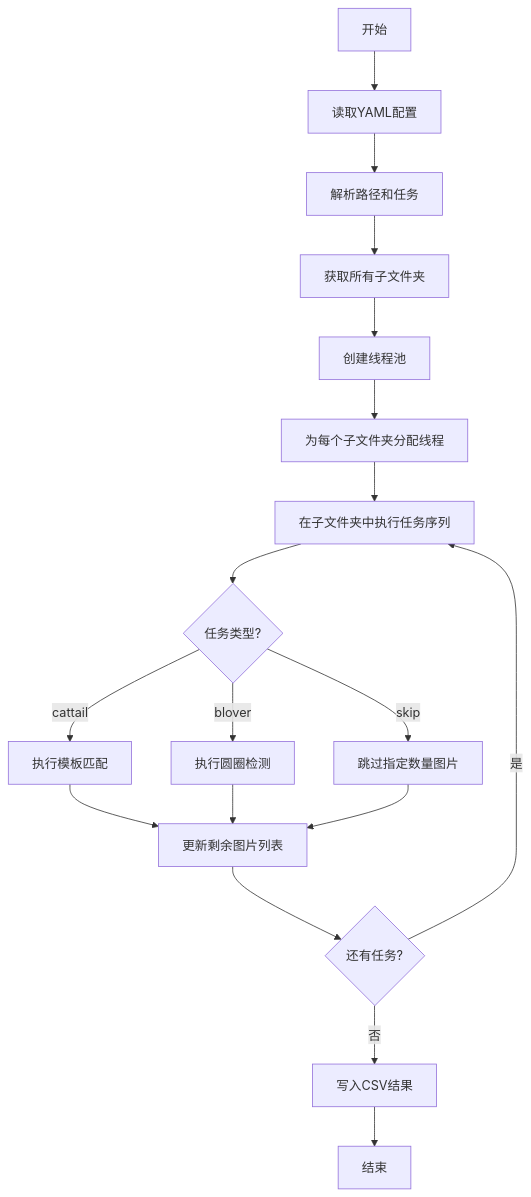
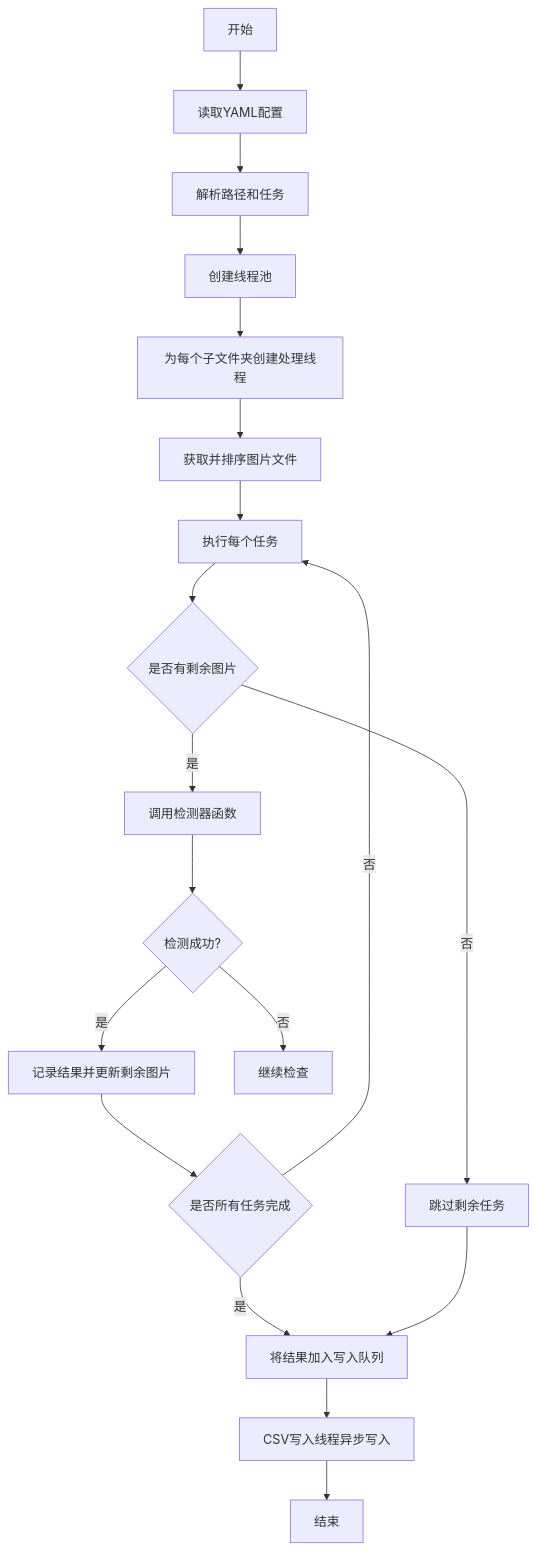
One commit to 0000cd/perf-garden changed the diagram in .qoder/repowiki/zh/content/项目概述.md. Above: the diagram before and after it, drawn with Mermaid. The commit also changed other lines of this file and 45 other files, not shown here.

````diff
--- a/.qoder/repowiki/zh/content/项目概述.md
+++ b/.qoder/repowiki/zh/content/项目概述.md
@@ -55,20 +77,21 @@
 ```mermaid
-graph TD
+flowchart TD
 A[开始] --> B[读取YAML配置]
 B --> C[解析路径和任务]
-C --> D[获取所有子文件夹]
-D --> E[创建线程池]
-E --> F[为每个子文件夹分配线程]
-F --> G[在子文件夹中执行任务序列]
-G --> H{任务类型?}
-H --> |cattail| I[执行模板匹配]
-H --> |blover| J[执行圆圈检测]
-H --> |skip| K[跳过指定数量图片]
-I --> L[更新剩余图片列表]
-J --> L
-K --> L
-L --> M{还有任务?}
-M --> |是| G
-M --> |否| N[写入CSV结果]
-N --> O[结束]
+C --> D[创建线程池]
+D --> E[为每个子文件夹创建处理线程]
+E --> F[获取并排序图片文件]
+F --> G[执行每个任务]
+G --> H{是否有剩余图片}
+H --> |是| I[调用检测器函数]
+I --> J{检测成功?}
+J --> |是| K[记录结果并更新剩余图片]
+J --> |否| L[继续检查]
+K --> M{是否所有任务完成}
+M --> |否| G
+M --> |是| N[将结果加入写入队列]
+N --> O[CSV写入线程异步写入]
+O --> P[结束]
+H --> |否| Q[跳过剩余任务]
+Q --> N
 ```
````
